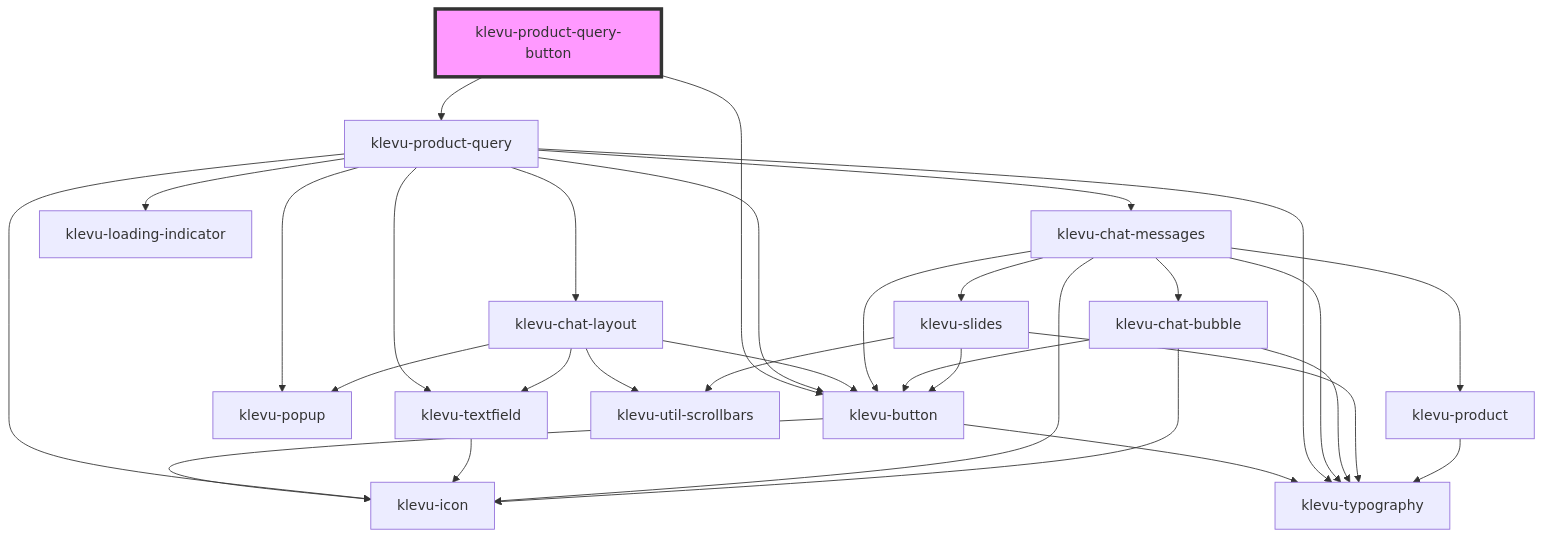
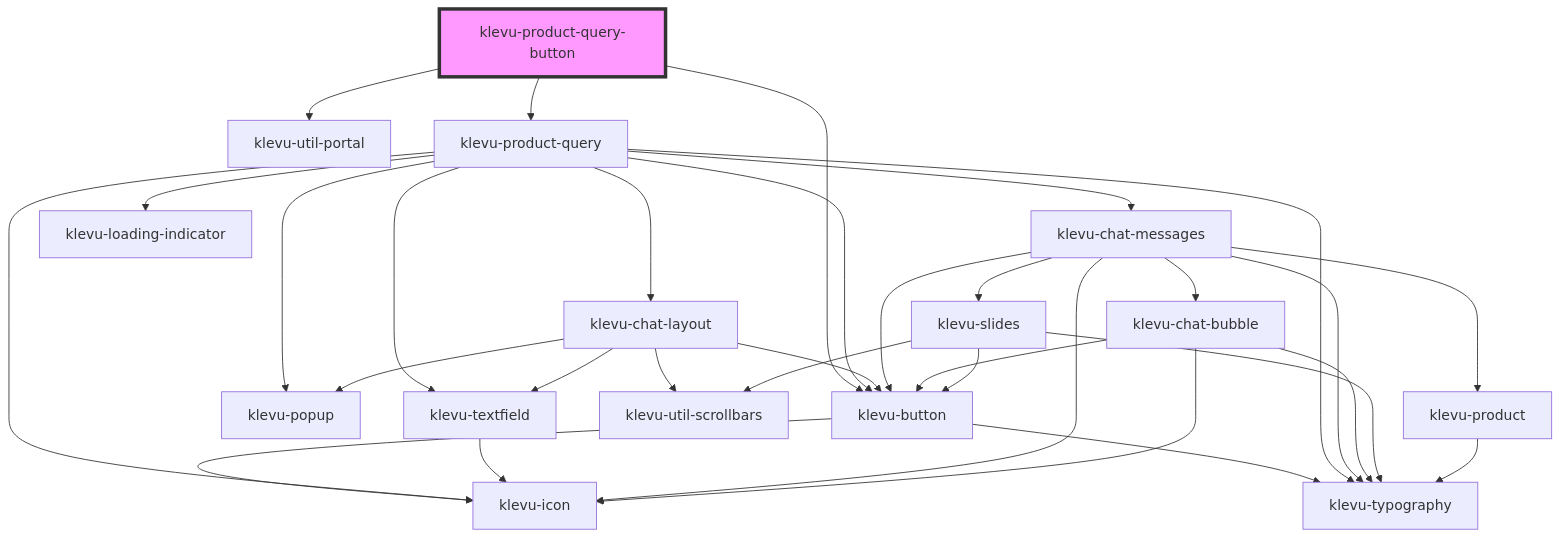
Before and after one commit to klevultd/frontend-sdk: the diagram in packages/klevu-ui/src/components/klevu-product-query-button/readme.md, drawn with Mermaid. The commit also changed other lines of this file and 6 other files, not shown here.

````diff
--- a/packages/klevu-ui/src/components/klevu-product-query-button/readme.md
+++ b/packages/klevu-ui/src/components/klevu-product-query-button/readme.md
@@ -42,34 +43,35 @@
 ```mermaid
 graph TD;
   klevu-product-query-button --> klevu-button
+  klevu-product-query-button --> klevu-util-portal
   klevu-product-query-button --> klevu-product-query
   klevu-button --> klevu-icon
   klevu-button --> klevu-typography
   klevu-product-query --> klevu-popup
   klevu-product-query --> klevu-chat-layout
   klevu-product-query --> klevu-typography
   klevu-product-query --> klevu-icon
   klevu-product-query --> klevu-chat-messages
   klevu-product-query --> klevu-loading-indicator
   klevu-product-query --> klevu-textfield
   klevu-product-query --> klevu-button
   klevu-chat-layout --> klevu-util-scrollbars
   klevu-chat-layout --> klevu-popup
   klevu-chat-layout --> klevu-button
   klevu-chat-layout --> klevu-textfield
   klevu-textfield --> klevu-icon
   klevu-chat-messages --> klevu-chat-bubble
   klevu-chat-messages --> klevu-icon
   klevu-chat-messages --> klevu-typography
   klevu-chat-messages --> klevu-button
   klevu-chat-messages --> klevu-slides
   klevu-chat-messages --> klevu-product
   klevu-chat-bubble --> klevu-typography
   klevu-chat-bubble --> klevu-icon
   klevu-chat-bubble --> klevu-button
   klevu-slides --> klevu-typography
   klevu-slides --> klevu-button
   klevu-slides --> klevu-util-scrollbars
   klevu-product --> klevu-typography
   style klevu-product-query-button fill:#f9f,stroke:#333,stroke-width:4px
 ```
````
